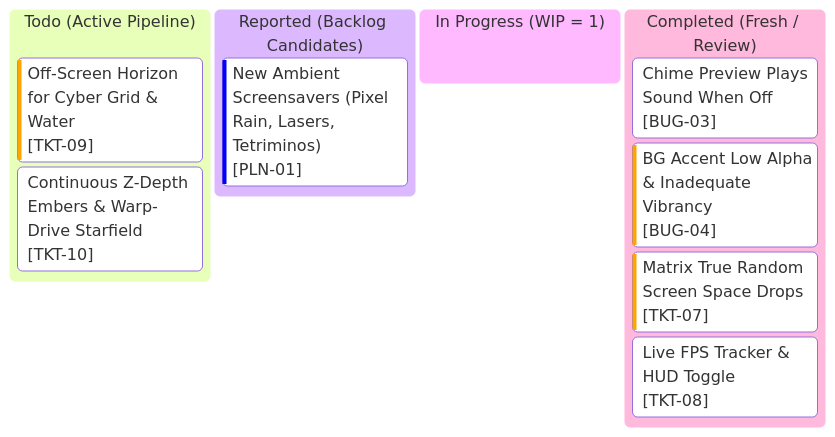
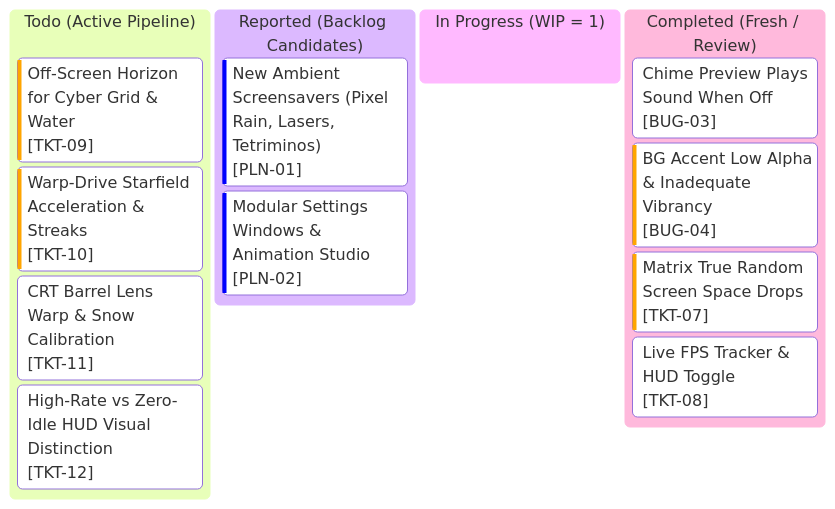
Before and after one commit to AlitheiaDeus/Clockity: the diagram in kanban.md, drawn with Mermaid. The commit also changed other lines of this file and 4 other files, not shown here.

Commit message:
chore(kanban): index TKT-11 CRT barrel distortion, TKT-12 high-rate HUD distinction, and PLN-02 modular settings architecture

````diff
--- a/kanban.md
+++ b/kanban.md
@@ -3,14 +3,17 @@
 ```mermaid
 kanban
   todo["Todo (Active Pipeline)"]
     tkt09["Off-Screen Horizon for Cyber Grid & Water"]@{ ticket: '[TKT-09]', priority: 'High' }
-    tkt10["Continuous Z-Depth Embers & Warp-Drive Starfield"]@{ ticket: '[TKT-10]', priority: 'Medium' }
+    tkt10["Warp-Drive Starfield Acceleration & Streaks"]@{ ticket: '[TKT-10]', priority: 'High' }
+    tkt11["CRT Barrel Lens Warp & Snow Calibration"]@{ ticket: '[TKT-11]', priority: 'Medium' }
+    tkt12["High-Rate vs Zero-Idle HUD Visual Distinction"]@{ ticket: '[TKT-12]', priority: 'Medium' }
   reported["Reported (Backlog Candidates)"]
     pln01["New Ambient Screensavers (Pixel Rain, Lasers, Tetriminos)"]@{ ticket: '[PLN-01]', priority: 'Low' }
+    pln02["Modular Settings Windows & Animation Studio"]@{ ticket: '[PLN-02]', priority: 'Low' }
   in_progress["In Progress (WIP = 1)"]
   completed["Completed (Fresh / Review)"]
     bug03["Chime Preview Plays Sound When Off"]@{ ticket: '[BUG-03]', priority: 'Medium' }
     bug04["BG Accent Low Alpha & Inadequate Vibrancy"]@{ ticket: '[BUG-04]', priority: 'High' }
     tkt07["Matrix True Random Screen Space Drops"]@{ ticket: '[TKT-07]', priority: 'High' }
     tkt08["Live FPS Tracker & HUD Toggle"]@{ ticket: '[TKT-08]', priority: 'Medium' }
 ```
````
